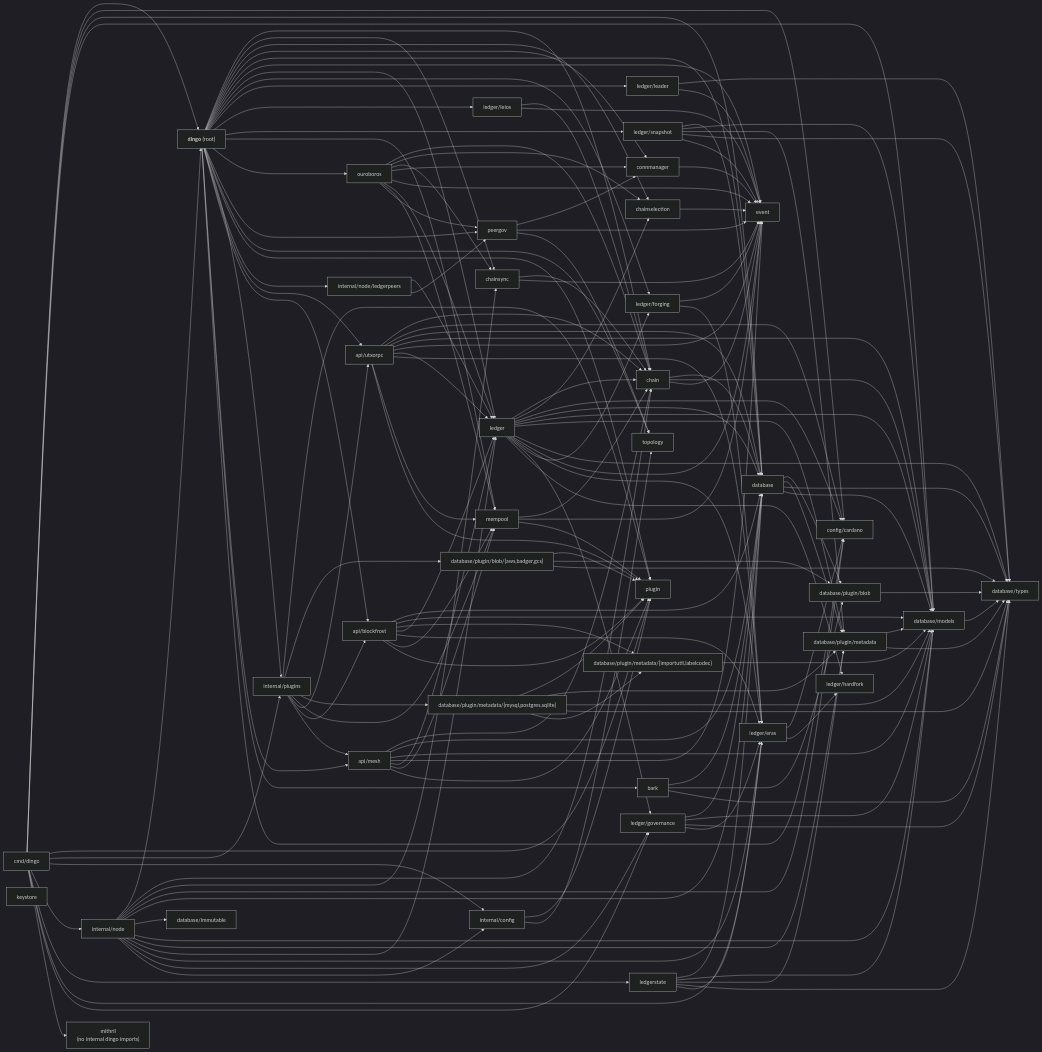
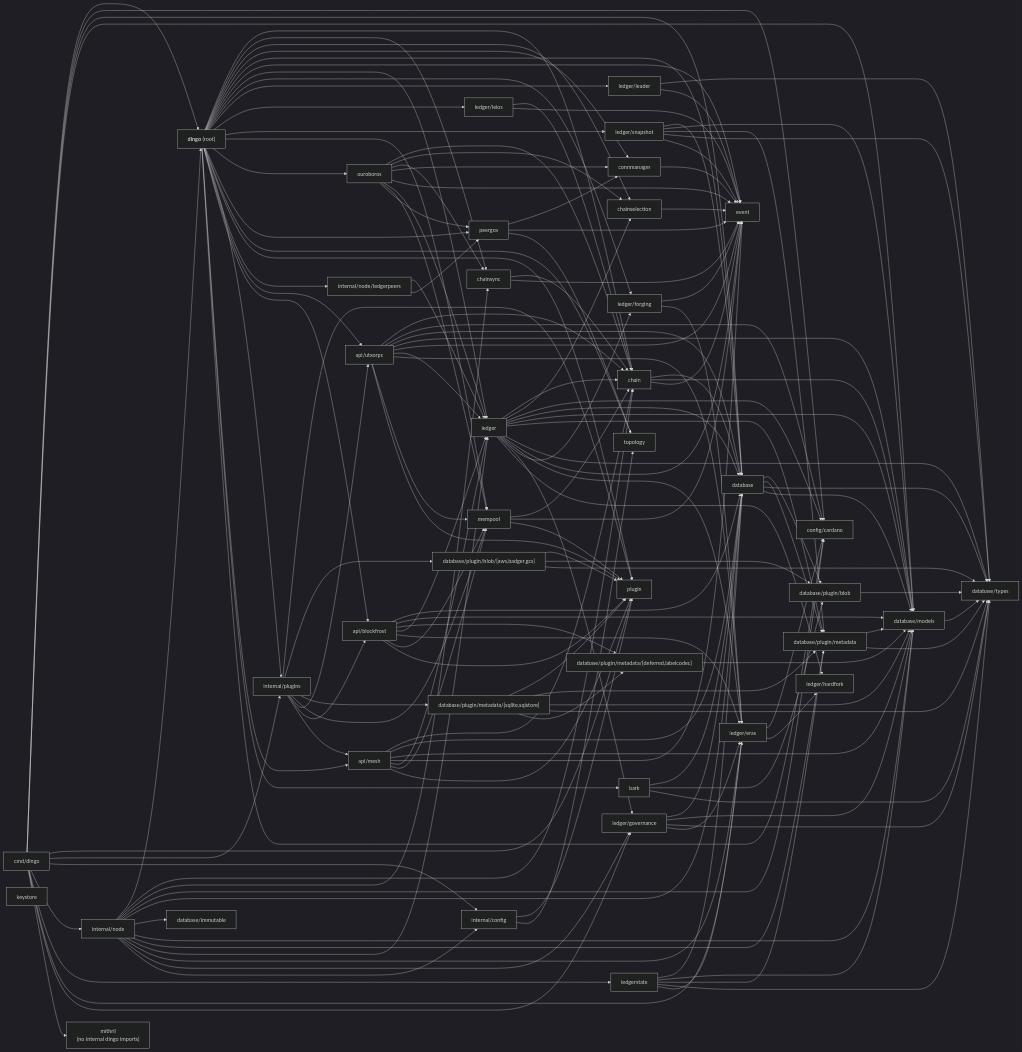
One commit to blinklabs-io/dingo changed the second of 5 diagrams in ARCHITECTURE.md. Above: the diagram before and after it, drawn with Mermaid (dark theme). The commit also changed other lines of this file and 394 other files, not shown here.

Commit message:
refactor(database): replace GORM metadata stores

```diff
--- a/ARCHITECTURE.md
+++ b/ARCHITECTURE.md
@@ -175,8 +209,8 @@
     db_blob["database/plugin/blob"]
     db_blob_impl["database/plugin/blob/{aws,badger,gcs}"]
     db_meta["database/plugin/metadata"]
-    db_meta_impl["database/plugin/metadata/{mysql,postgres,sqlite}"]
-    db_meta_util["database/plugin/metadata/{importutil,labelcodec}"]
+    db_meta_impl["database/plugin/metadata/{sqlite,sqlstore}"]
+    db_meta_util["database/plugin/metadata/{deferred,labelcodec}"]
     db_immutable["database/immutable"]
     cardano_cfg["config/cardano"]
     ev["event"]
```
